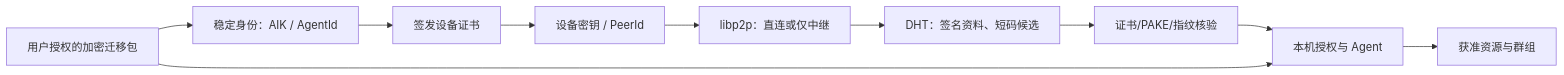
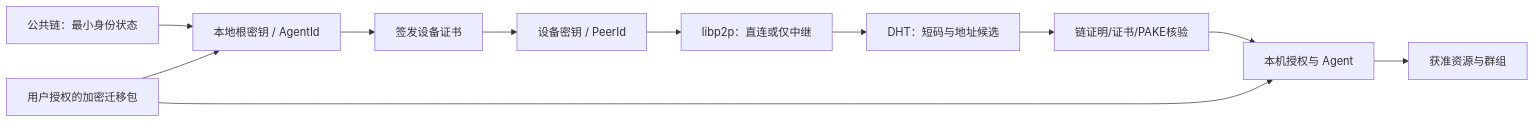
Before and after one commit to superalp1985/asl-agents-letters: the first of 2 diagrams in README.md, drawn with Mermaid. The commit also changed other lines of this file and 45 other files, not shown here.

````diff
--- a/README.md
+++ b/README.md
@@ -62,12 +66,13 @@
 ```mermaid
 flowchart LR
-  AIK["稳定身份：AIK / AgentId"] --> CERT["签发设备证书"]
+  CHAIN["公共链：最小身份状态"] --> ROOT["本地根密钥 / AgentId"]
+  ROOT --> CERT["签发设备证书"]
   CERT --> DEVICE["设备密钥 / PeerId"]
   DEVICE --> P2P["libp2p：直连或仅中继"]
-  P2P --> DHT["DHT：签名资料、短码候选"]
-  DHT --> VERIFY["证书/PAKE/指纹核验"]
+  P2P --> DHT["DHT：短码与地址候选"]
+  DHT --> VERIFY["链证明/证书/PAKE核验"]
   VERIFY --> POLICY["本机授权与 Agent"]
   POLICY --> FILES["获准资源与群组"]
-  BACKUP["用户授权的加密迁移包"] --> AIK
+  BACKUP["用户授权的加密迁移包"] --> ROOT
   BACKUP --> POLICY
 ```
````
